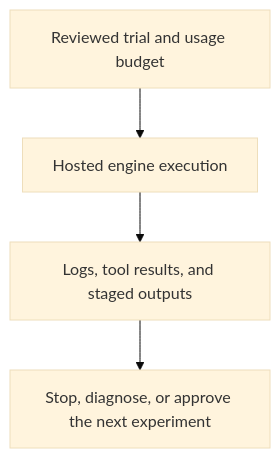
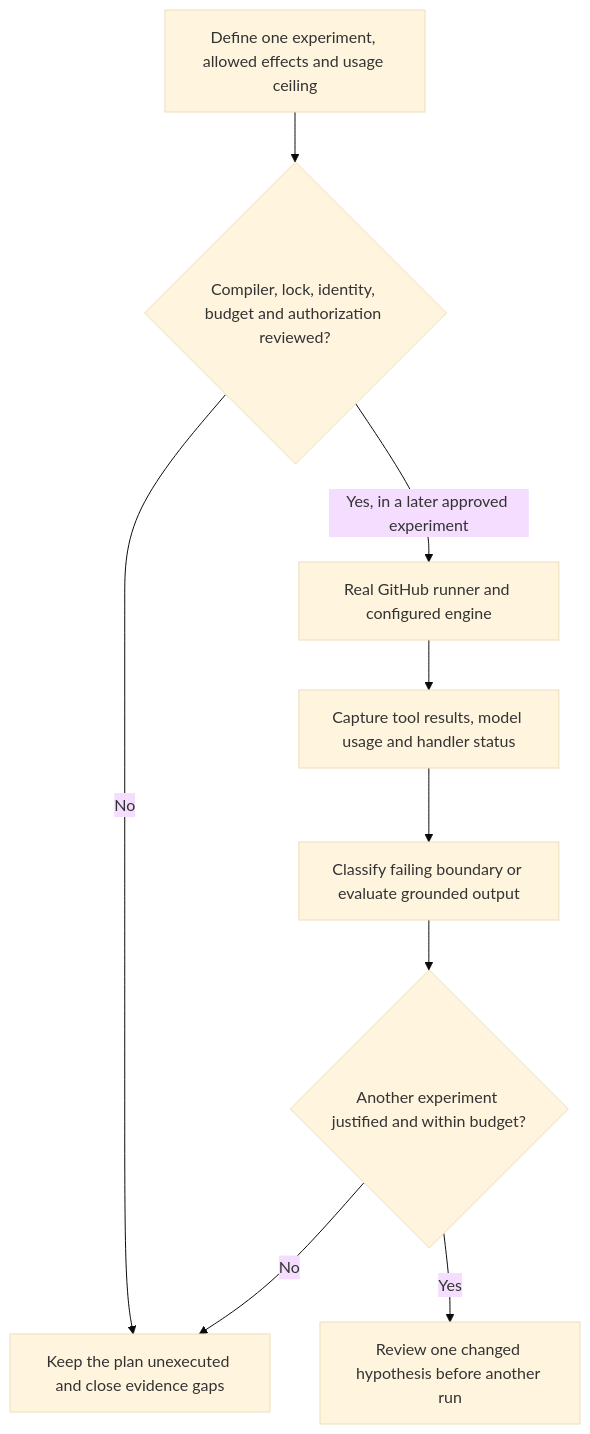
Before and after one commit to Rohit1024/actions-learn: the diagram in docs/lessons/0048-agentic-hosted-trials-budgets-and-diagnostics.md, drawn with Mermaid (base theme). The commit also changed other lines of this file and 206 other files, not shown here.

````diff
--- a/docs/lessons/0048-agentic-hosted-trials-budgets-and-diagnostics.md
+++ b/docs/lessons/0048-agentic-hosted-trials-budgets-and-diagnostics.md
@@ -51,10 +26,11 @@
 ```mermaid
 flowchart TD
-    N0["Reviewed trial and usage budget"]
-    N1["Hosted engine execution"]
-    N0 --> N1
-    N2["Logs, tool results, and staged outputs"]
-    N1 --> N2
-    N3["Stop, diagnose, or approve the next experiment"]
-    N2 --> N3
+    Plan["Define one experiment, allowed effects and usage ceiling"] --> Ready{"Compiler, lock, identity, budget and authorization reviewed?"}
+    Ready -->|"No"| Stop["Keep the plan unexecuted and close evidence gaps"]
+    Ready -->|"Yes, in a later approved experiment"| Host["Real GitHub runner and configured engine"]
+    Host --> Evidence["Capture tool results, model usage and handler status"]
+    Evidence --> Classify["Classify failing boundary or evaluate grounded output"]
+    Classify --> Decision{"Another experiment justified and within budget?"}
+    Decision -->|"No"| Stop
+    Decision -->|"Yes"| Revised["Review one changed hypothesis before another run"]
 ```
````
